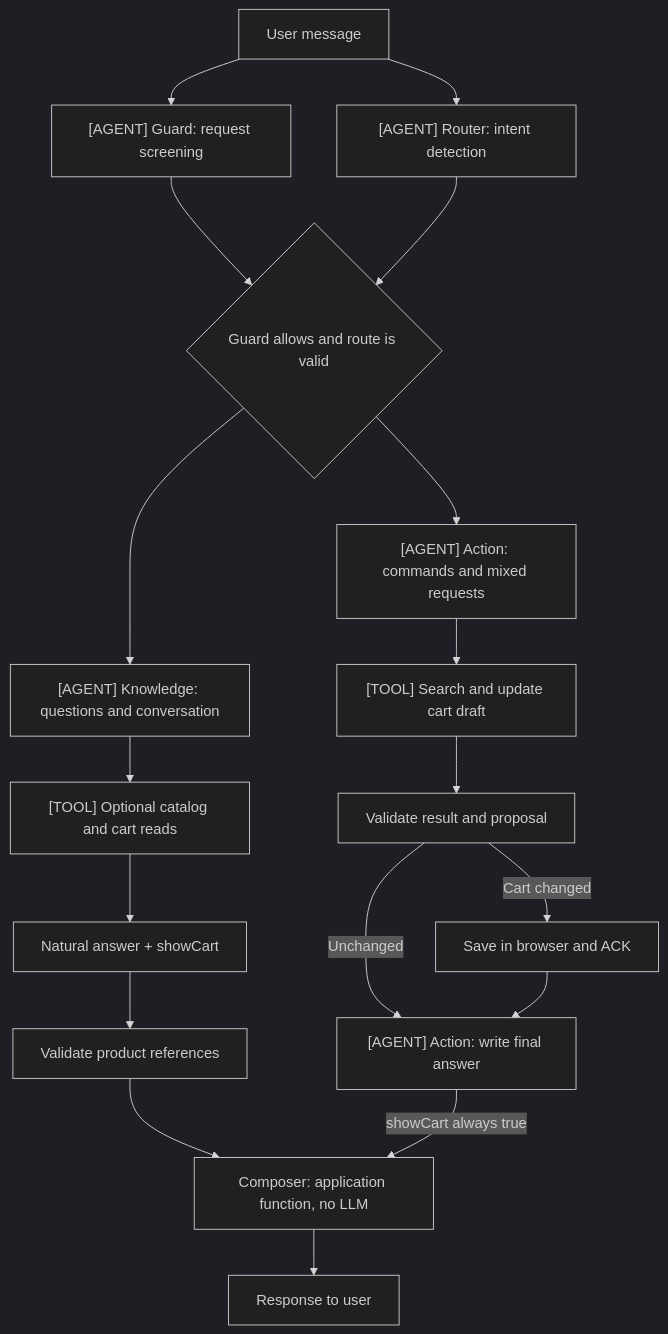
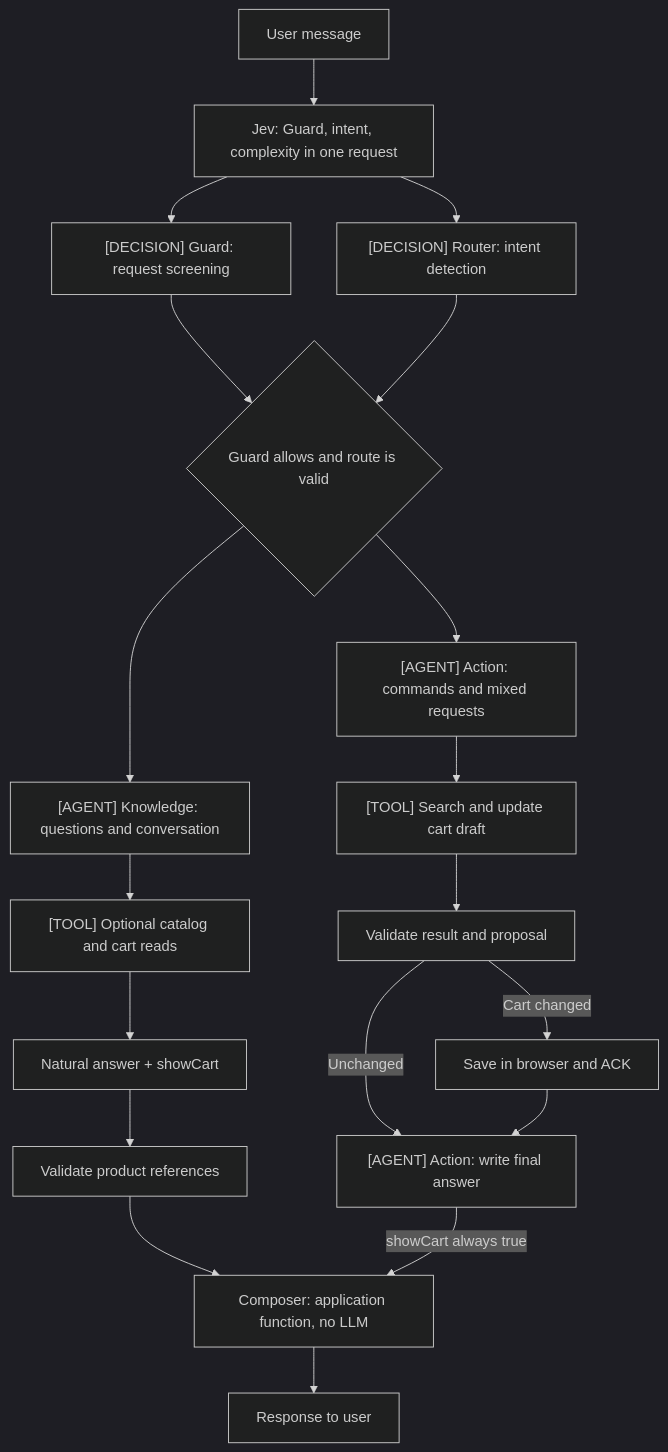
One commit to kirill-sotnikov/ai-agent-showcase changed the diagram in README.md. Above: the diagram before and after it, drawn with Mermaid (dark theme). The commit also changed other lines of this file and 35 other files, not shown here.

````diff
--- a/README.md
+++ b/README.md
@@ -25,20 +31,21 @@
 ```mermaid
 flowchart TD
-    Request[User message] --> Guard["[AGENT] Guard: request screening"]
-    Request --> Router["[AGENT] Router: intent detection"]
+    Request[User message] --> Decisions["Jev: Guard, intent, complexity in one request"]
+    Decisions --> Guard["[DECISION] Guard: request screening"]
+    Decisions --> Router["[DECISION] Router: intent detection"]
     Guard --> Gate{Guard allows and route is valid}
     Router --> Gate
     Gate --> Knowledge["[AGENT] Knowledge: questions and conversation"]
     Gate --> Action["[AGENT] Action: commands and mixed requests"]
     Knowledge --> ReadTools["[TOOL] Optional catalog and cart reads"]
     ReadTools --> Answer[Natural answer + showCart]
     Answer --> Validation[Validate product references]
     Action --> CartTools["[TOOL] Search and update cart draft"]
     CartTools --> ValidateCart[Validate result and proposal]
     ValidateCart -->|Cart changed| Commit[Save in browser and ACK]
     ValidateCart -->|Unchanged| ActionAnswer["[AGENT] Action: write final answer"]
     Commit --> ActionAnswer
     Validation --> Composer["Composer: application function, no LLM"]
     ActionAnswer -->|showCart always true| Composer
     Composer --> Response[Response to user]
 ```
````
